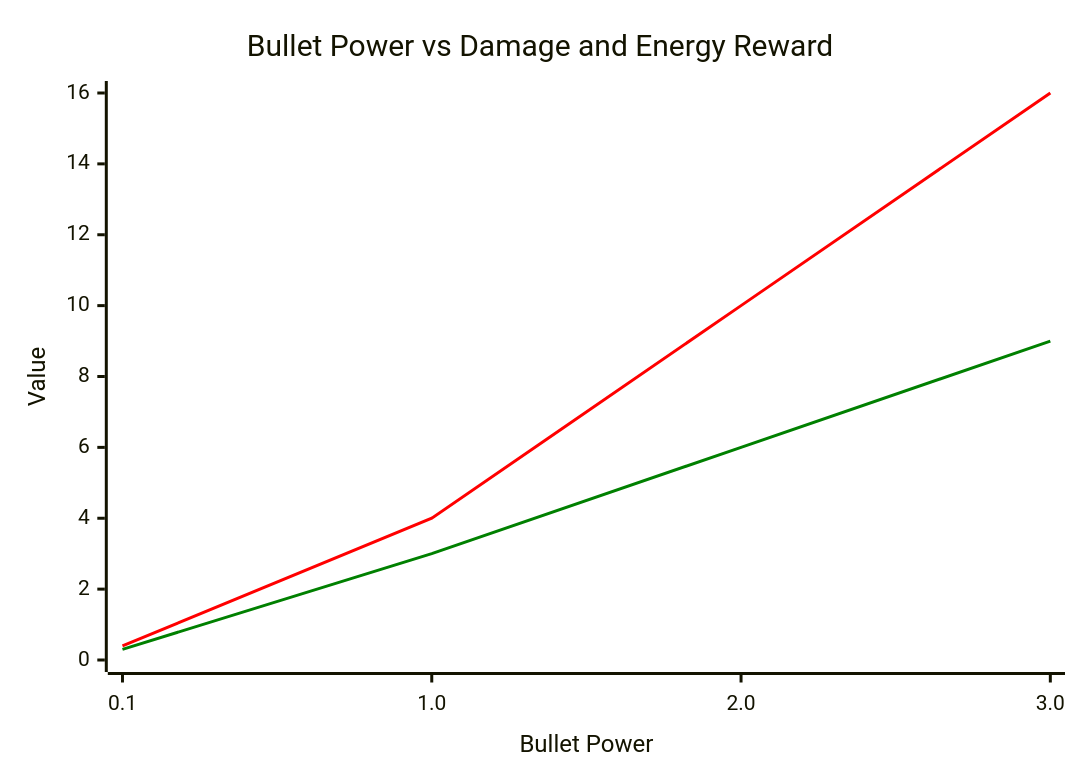
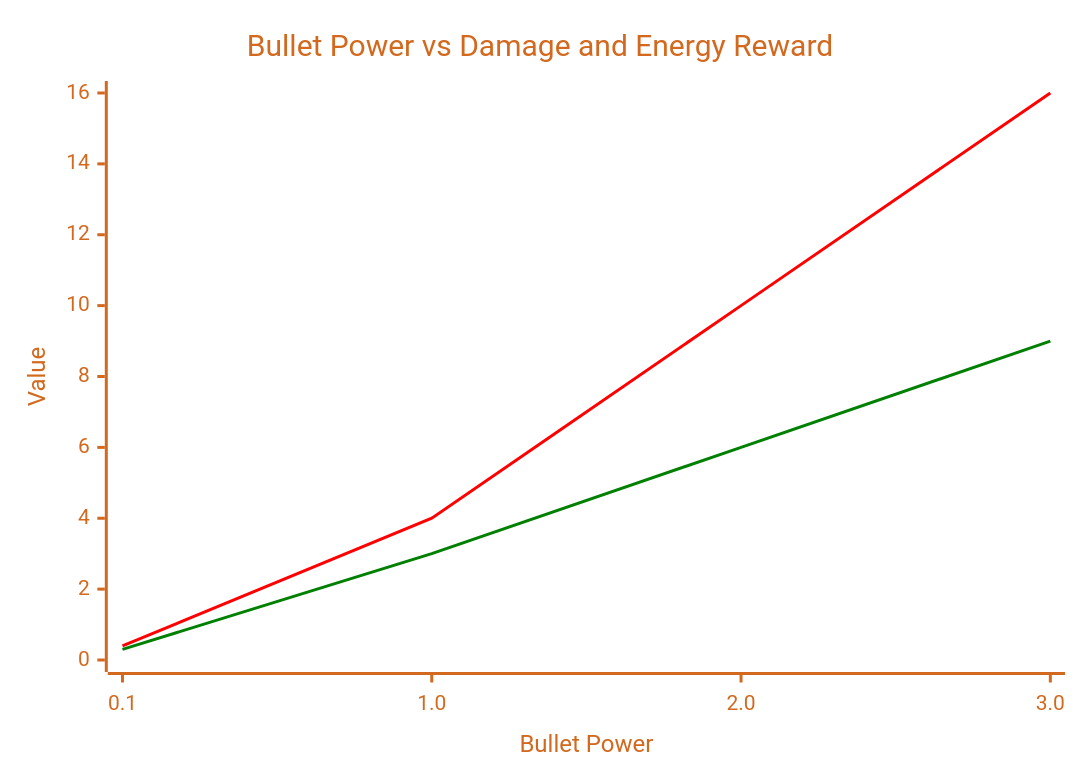
Before and after one commit to robocode-dev/book-of-robocode: the fourth of 4 diagrams in book/physics/bullet-physics.md, drawn with Mermaid. The commit also changed 3 other files, not shown here.

Commit message:
feat: enhance diagram compatibility guidelines for theme support

````diff
--- a/book/physics/bullet-physics.md
+++ b/book/physics/bullet-physics.md
@@ -167,14 +167,9 @@
 ```mermaid
----
-config:
-  themeVariables:
-    xyChart:
-      plotColorPalette: red, green
----
+%%{init: {'theme': 'base', 'themeVariables': { 'xyChart': { 'backgroundColor': 'transparent', 'plotColorPalette': 'red, green', 'xAxisLabelColor': '#d2691e', 'yAxisLabelColor': '#d2691e', 'xAxisTitleColor': '#d2691e', 'yAxisTitleColor': '#d2691e', 'xAxisTickColor': '#d2691e', 'yAxisTickColor': '#d2691e', 'xAxisLineColor': '#d2691e', 'yAxisLineColor': '#d2691e', 'titleColor': '#d2691e' } }}}%%
 xychart-beta
     title "Bullet Power vs Damage and Energy Reward"
     x-axis "Bullet Power" ["0.1", "1.0", "2.0", "3.0"]
     y-axis "Value" 0 --> 16
     line "Damage" [0.4, 4, 10, 16]
     line "Energy Reward" [0.3, 3, 6, 9]
 ```
````
